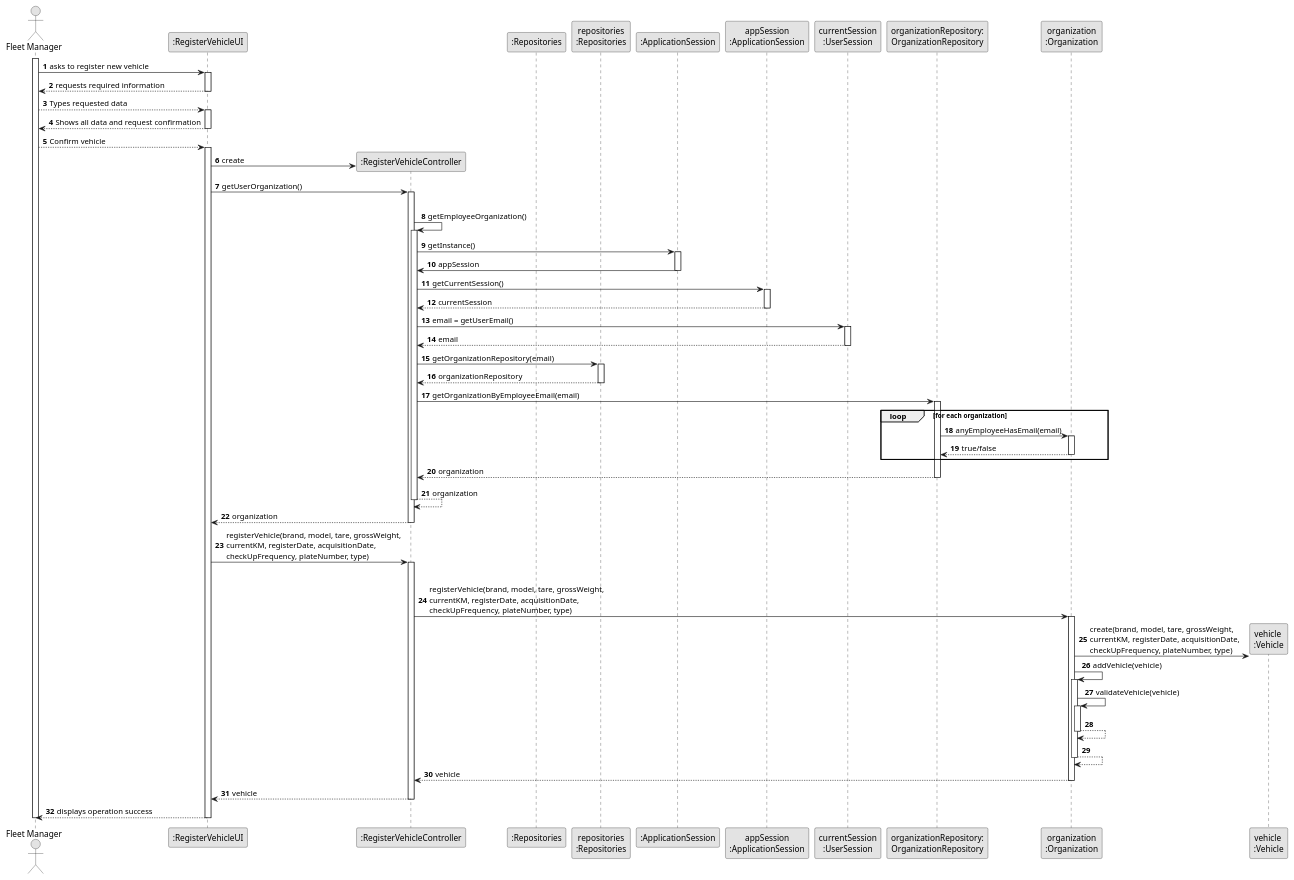
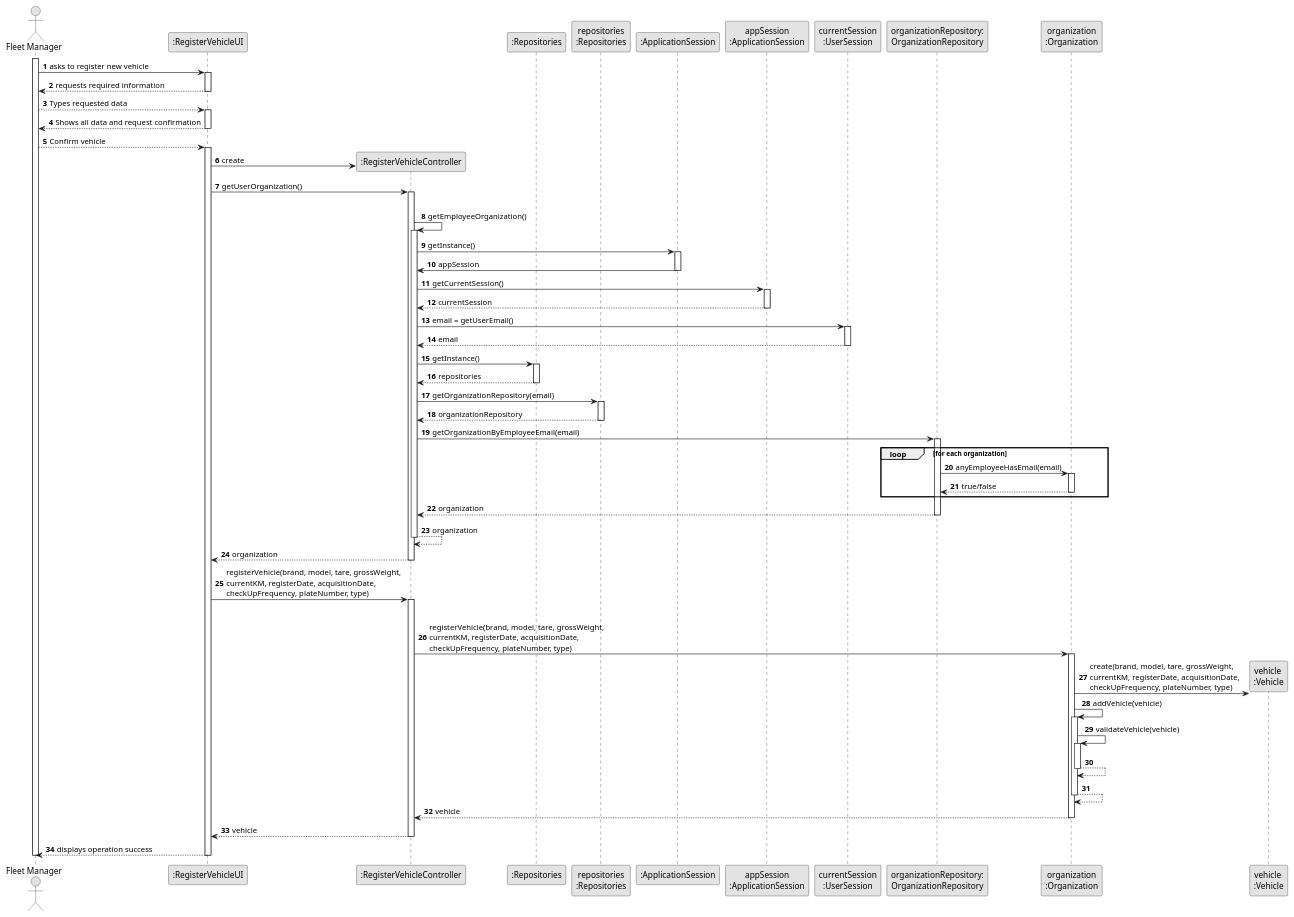
The diagram in docs/sprintB/us006/03.design/puml/us006-sequence-diagram-full.puml (Departamento-de-Engenharia-Informatica/lei-24-s2-1dkl-g134), drawn with PlantUML before and after one commit. The commit also changed 12 other files, not shown here.

```diff
--- a/docs/sprintB/us006/03.design/puml/us006-sequence-diagram-full.puml
+++ b/docs/sprintB/us006/03.design/puml/us006-sequence-diagram-full.puml
@@ -1,135 +1,140 @@
 @startuml
 skinparam monochrome true
 skinparam packageStyle rectangle
 skinparam shadowing false
 
 autonumber
 
 'hide footbox
 actor "Fleet Manager" as ADM
 participant ":RegisterVehicleUI" as UI
 participant ":RegisterVehicleController" as CTRL
 participant ":Repositories" as RepositorySingleton
 participant "repositories\n:Repositories" as PLAT
 participant ":ApplicationSession" as _APP
 participant "appSession\n:ApplicationSession" as APP
 participant "currentSession\n:UserSession" as SESSAO
 participant "organizationRepository:\nOrganizationRepository" as OrganizationRepository
 participant "organization\n:Organization" as ORG
 participant "vehicle \n:Vehicle" as VEHICLE
 
 activate ADM
 
         ADM -> UI : asks to register new vehicle
 
         activate UI
 
 '            UI --> ADM : requests data (reference, description,  informal \n description, technical description, duration, cost)
             'create CTRL
 
             UI --> ADM : requests required information
 
          deactivate UI
 
             ADM --> UI : Types requested data
 
          activate UI
 
            UI --> ADM : Shows all data and request confirmation
 
          deactivate UI
 
             ADM --> UI : Confirm vehicle
 
         activate UI
 
 '            UI --> ADM : requests data (reference, description,  informal \n description, technical description, duration, cost)
             'create CTRL
             UI -> CTRL** : create
 
             UI -> CTRL : getUserOrganization()
             activate CTRL
 
                 |||
                 CTRL -> CTRL : getEmployeeOrganization()
                 activate CTRL
 
                     CTRL -> _APP: getInstance()
                     activate _APP
                         _APP -> CTRL: appSession
                     deactivate _APP
 
 
                     CTRL -> APP: getCurrentSession()
                     activate APP
 
                         APP --> CTRL: currentSession
                     deactivate APP
 
                     CTRL -> SESSAO: email = getUserEmail()
                     activate SESSAO
 
                         SESSAO --> CTRL: email
                     deactivate SESSAO
 
+                    CTRL -> RepositorySingleton: getInstance()
+                    activate RepositorySingleton
+
+                    RepositorySingleton --> CTRL: repositories
+                    deactivate RepositorySingleton
 
                     CTRL -> PLAT: getOrganizationRepository(email)
                     activate PLAT
 
                         PLAT --> CTRL: organizationRepository
                     deactivate PLAT
 
 
                     CTRL -> OrganizationRepository: getOrganizationByEmployeeEmail(email)
                     activate OrganizationRepository
 
                         loop for each organization
 
                             OrganizationRepository -> ORG : anyEmployeeHasEmail(email)
                             activate ORG
 
                                  ORG --> OrganizationRepository : true/false
                             deactivate ORG
                         end
                         OrganizationRepository --> CTRL : organization
                     deactivate OrganizationRepository
 
                     CTRL --> CTRL : organization
                 deactivate CTRL
 
                 CTRL --> UI : organization
             deactivate CTRL
 
 
         UI -> CTRL : registerVehicle(brand, model, tare, grossWeight,\ncurrentKM, registerDate, acquisitionDate,\ncheckUpFrequency, plateNumber, type)
         activate CTRL
 
             |||
             CTRL -> ORG: registerVehicle(brand, model, tare, grossWeight,\ncurrentKM, registerDate, acquisitionDate,\ncheckUpFrequency, plateNumber, type)
             activate ORG
 
                 ORG -> VEHICLE**: create(brand, model, tare, grossWeight,\ncurrentKM, registerDate, acquisitionDate,\ncheckUpFrequency, plateNumber, type)
                 ORG -> ORG: addVehicle(vehicle)
 
 
                 activate ORG
                     ORG -> ORG: validateVehicle(vehicle)
                     activate ORG
                         ORG --> ORG
                     deactivate ORG
 
                     ORG --> ORG
                 deactivate ORG
 
                 ORG --> CTRL : vehicle
 
             deactivate ORG
 
             CTRL --> UI: vehicle
             deactivate CTRL
             UI --> ADM: displays operation success
     deactivate UI
 
 deactivate ADM
 
 @enduml
```
